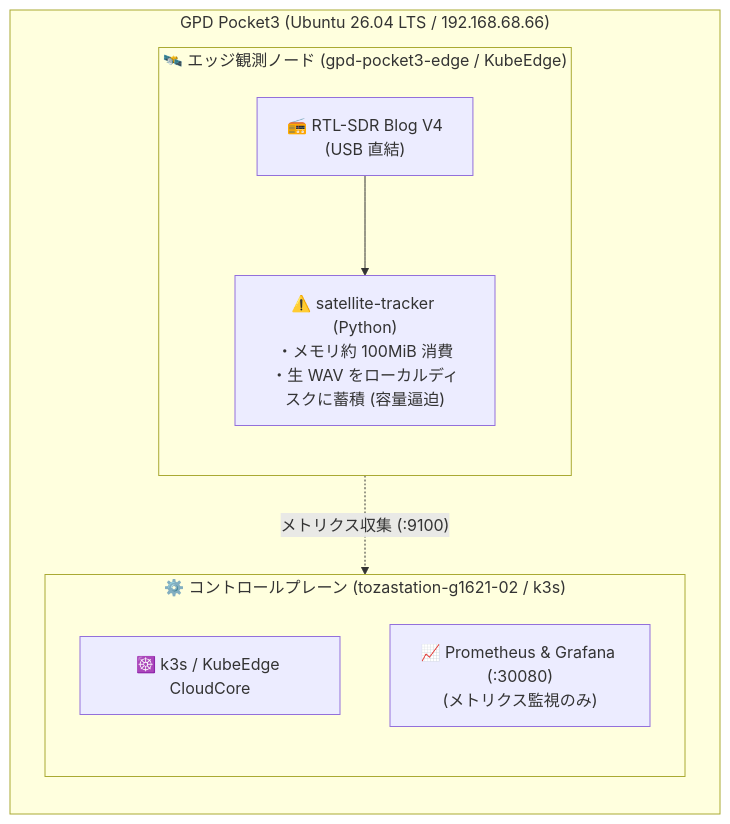
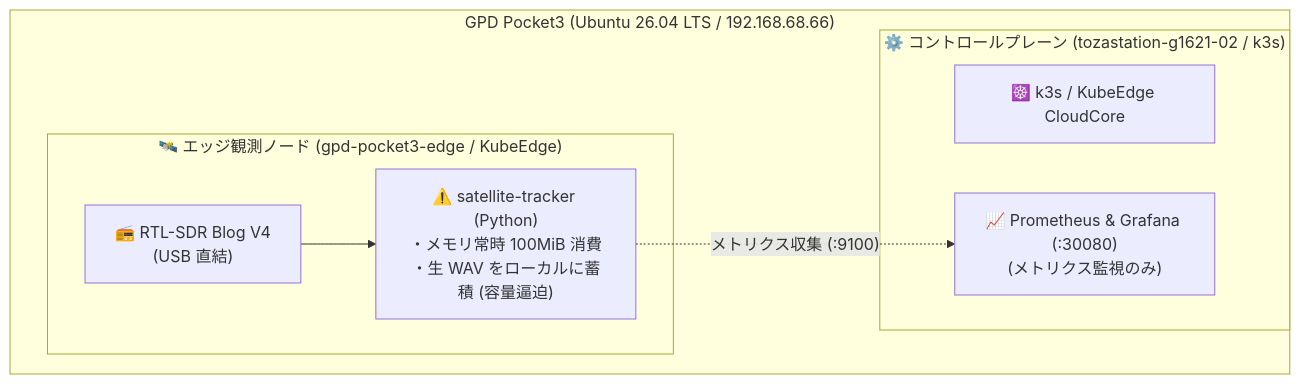
Before and after one commit to tozastation/radio-astronomy: the first of 2 diagrams in docs/articles/qiita_kubeedge_pipeline.md, drawn with Mermaid. The commit also changed other lines of this file, not shown here.

````diff
--- a/docs/articles/qiita_kubeedge_pipeline.md
+++ b/docs/articles/qiita_kubeedge_pipeline.md
@@ -74,20 +69,15 @@
 ```mermaid
 flowchart TB
     subgraph Host["GPD Pocket3 (Ubuntu 26.04 LTS / 192.168.68.66)"]
-        direction TB
-
         subgraph EdgeSide["🛰️ エッジ観測ノード (gpd-pocket3-edge / KubeEdge)"]
-            direction TB
             RTLSDR["📻 RTL-SDR Blog V4<br/>(USB 直結)"]
-            TrackerOld["⚠️ satellite-tracker (Python)<br/>・メモリ約 100MiB 消費<br/>・生 WAV をローカルディスクに蓄積 (容量逼迫)"]
+            TrackerOld["⚠️ satellite-tracker (Python)<br/>・メモリ常時 100MiB 消費<br/>・生 WAV をローカルに蓄積 (容量逼迫)"]
             RTLSDR --> TrackerOld
         end
-
         subgraph CloudSide["⚙️ コントロールプレーン (tozastation-g1621-02 / k3s)"]
-            direction TB
             K3S["☸️ k3s / KubeEdge CloudCore"]
             Prometheus["📈 Prometheus & Grafana (:30080)<br/>(メトリクス監視のみ)"]
             TrackerOld -.->|"メトリクス収集 (:9100)"| Prometheus
         end
     end
 ```
````
